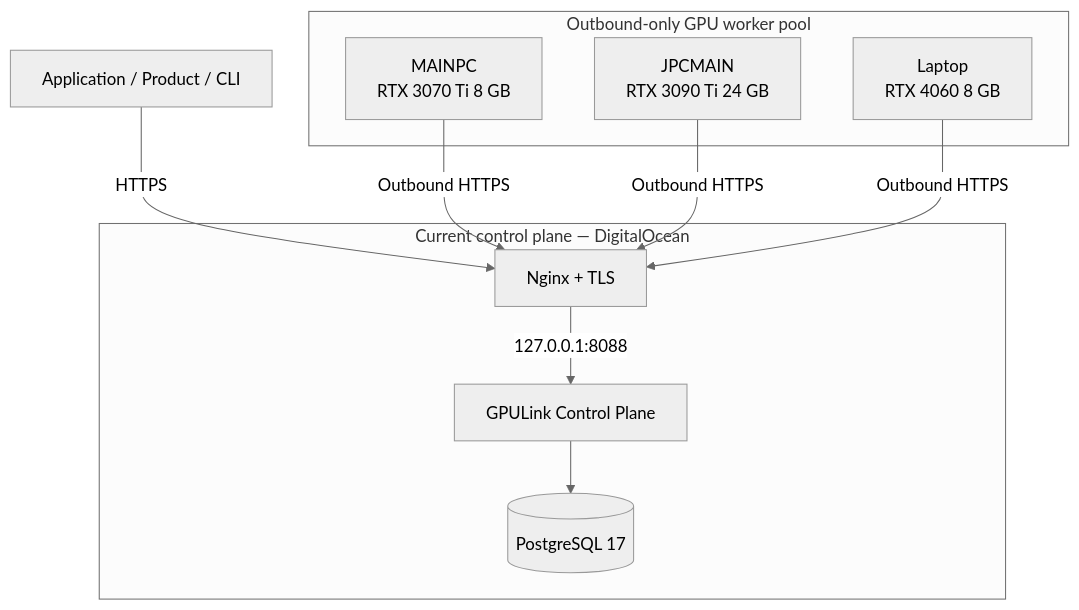
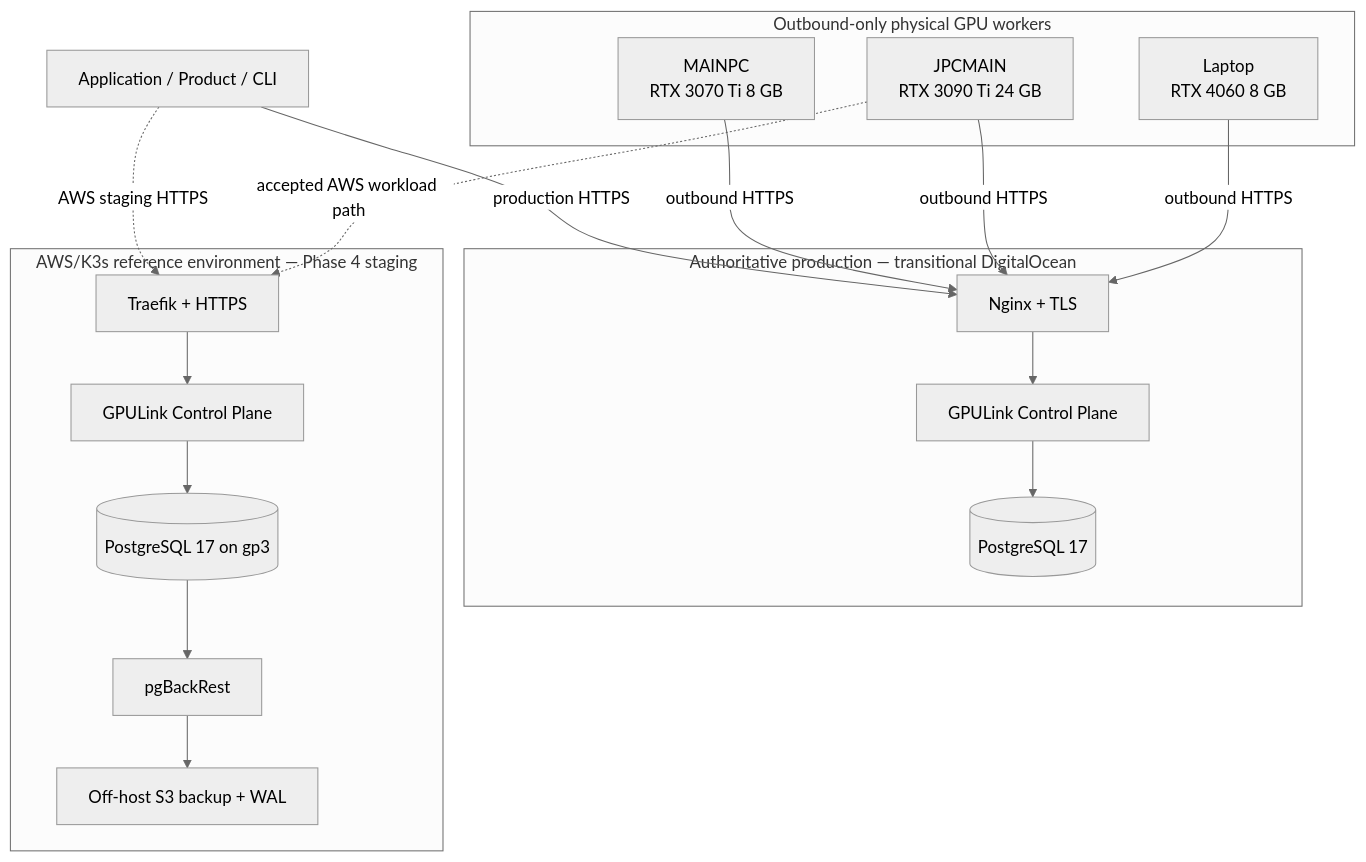
One commit to JCrossoverGithub/GPULink changed the diagram in README.md. Above: the diagram before and after it, drawn with Mermaid (neutral theme). The commit also changed other lines of this file and 13 other files, not shown here.

Commit message:
Refresh AWS Phase 4 documentation

````diff
--- a/README.md
+++ b/README.md
@@ -122,24 +139,40 @@
 ```mermaid
 flowchart TD
     Client["Application / Product / CLI"]
 
-    subgraph Public["Current control plane — DigitalOcean"]
+    subgraph DO["Authoritative production — transitional DigitalOcean"]
         Nginx["Nginx + TLS"]
-        Control["GPULink Control Plane"]
-        Postgres[("PostgreSQL 17")]
+        DOControl["GPULink Control Plane"]
+        DOPostgres[("PostgreSQL 17")]
     end
 
-    subgraph Fleet["Outbound-only GPU worker pool"]
+    subgraph AWS["AWS/K3s reference environment — Phase 4 staging"]
+        Traefik["Traefik + HTTPS"]
+        AWSControl["GPULink Control Plane"]
+        AWSPostgres[("PostgreSQL 17 on gp3")]
+        Recovery["pgBackRest"]
+        S3["Off-host S3 backup + WAL"]
+    end
+
+    subgraph Fleet["Outbound-only physical GPU workers"]
         GPU1["MAINPC\nRTX 3070 Ti 8 GB"]
         GPU2["JPCMAIN\nRTX 3090 Ti 24 GB"]
         GPU3["Laptop\nRTX 4060 8 GB"]
     end
 
-    Client -->|"HTTPS"| Nginx
-    Nginx -->|"127.0.0.1:8088"| Control
-    Control --> Postgres
+    Client -->|"production HTTPS"| Nginx
+    Nginx --> DOControl
+    DOControl --> DOPostgres
 
-    GPU1 -->|"Outbound HTTPS"| Nginx
-    GPU2 -->|"Outbound HTTPS"| Nginx
-    GPU3 -->|"Outbound HTTPS"| Nginx
+    Client -.->|"AWS staging HTTPS"| Traefik
+    Traefik --> AWSControl
+    AWSControl --> AWSPostgres
+    AWSPostgres --> Recovery
+    Recovery --> S3
+
+    GPU1 -->|"outbound HTTPS"| Nginx
+    GPU2 -->|"outbound HTTPS"| Nginx
+    GPU3 -->|"outbound HTTPS"| Nginx
+
+    GPU2 -.->|"accepted AWS workload path"| Traefik
 ```
````
